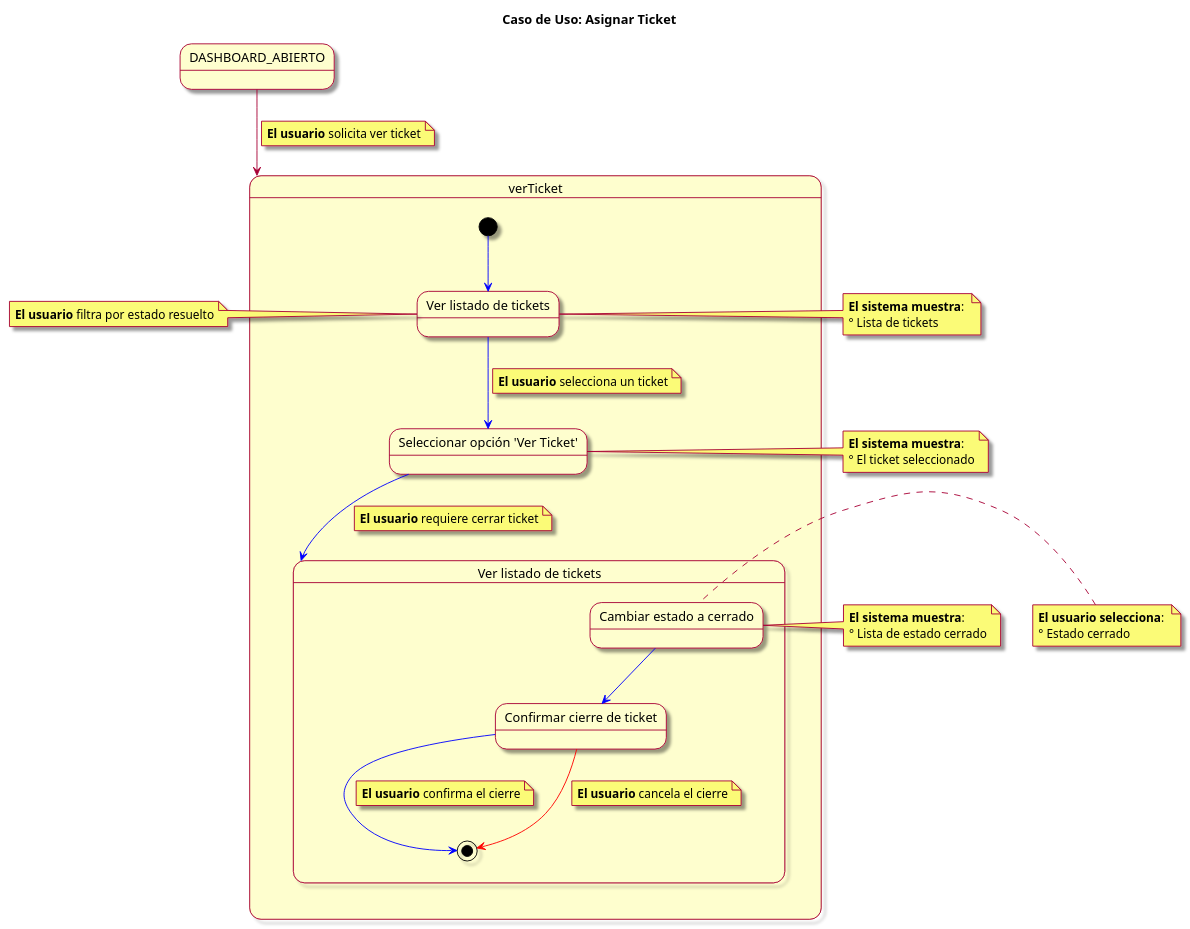
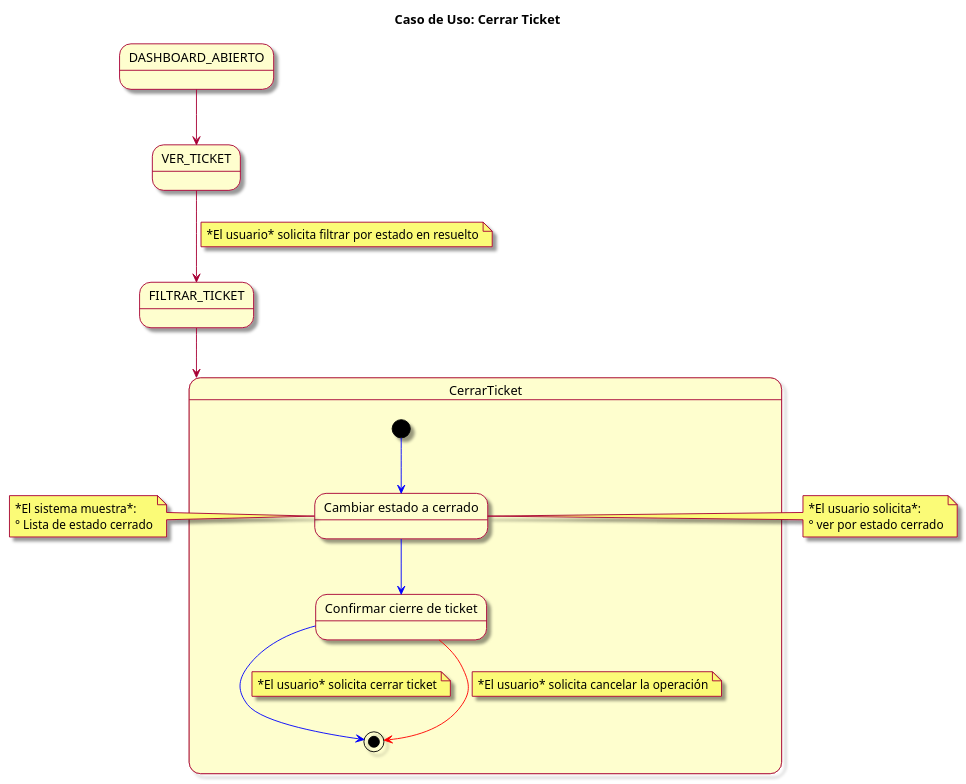
Before and after one commit to mmasias/23-24-IdSw1-SDR: the diagram in modelosUML/CasosDeUsos/CasosDetallados/CerrarTicket.puml, drawn with PlantUML.

Commit message:
Caso de uso detallado de Cerrar Ticket

```diff
--- a/modelosUML/CasosDeUsos/CasosDetallados/CerrarTicket.puml
+++ b/modelosUML/CasosDeUsos/CasosDetallados/CerrarTicket.puml
@@ -1,54 +1,38 @@
 @startuml
 skin rose
-title Caso de Uso: Asignar Ticket
+title Caso de Uso: Cerrar Ticket
 
 state DASHBOARD_ABIERTO
+state VER_TICKET
+state FILTRAR_TICKET
 
-DASHBOARD_ABIERTO --> verTicket
-note on link: **El usuario** solicita ver ticket
-state verTicket {
- [*] -[#blue]-> verlistadoTickets
- state "Ver listado de tickets" as verlistadoTickets
-verlistadoTickets -[#blue]-> seleccionarOpcionVer
-state "Ver listado de tickets" as CerrarTicket
-note on link : **El usuario** selecciona un ticket
- state "Seleccionar opción 'Ver Ticket'" as seleccionarOpcionVer
-    seleccionarOpcionVer -[#blue]-> CerrarTicket
-   note on link: **El usuario** requiere cerrar ticket
-   state CerrarTicket {
-    state "Cambiar estado a cerrado" as ingresarVerTicket
-    ingresarVerTicket -[#blue]-> confirmarAsignacion
-    state "Confirmar cierre de ticket" as confirmarAsignacion
-    confirmarAsignacion -[#blue]-> [*]
-    note on link: **El usuario** confirma el cierre
+DASHBOARD_ABIERTO --> VER_TICKET
+VER_TICKET --> FILTRAR_TICKET
+note on link: *El usuario* solicita filtrar por estado en resuelto
+FILTRAR_TICKET --> CerrarTicket
+
+state CerrarTicket {
+
+  [*] -[#blue]-> ingresarVerTicket
+  state "Cambiar estado a cerrado" as ingresarVerTicket
+  ingresarVerTicket -[#blue]-> confirmarCierre
+  state "Confirmar cierre de ticket" as confirmarCierre
+  confirmarCierre -[#blue]-> [*]
+  note on link: *El usuario* solicita cerrar ticket
     
-    confirmarAsignacion -[#red]-> [*]
-    note on link: **El usuario** cancela el cierre
+  confirmarCierre -[#red]-> [*]
+  note on link: *El usuario* solicita cancelar la operación
     
-  }
 }
-note left of verlistadoTickets
- **El usuario** filtra por estado resuelto
-end note
-
-note left of verlistadoTickets
-  **El sistema muestra**: 
-  ° Lista de tickets
-end note
-
-note left of seleccionarOpcionVer
-  **El sistema muestra**: 
-  ° El ticket seleccionado
-end note
 
 note left of ingresarVerTicket
-  **El sistema muestra**: 
+  *El sistema muestra*: 
   ° Lista de estado cerrado
 end note
 
 note left of ingresarVerTicket
-  **El usuario selecciona**: 
-  ° Estado cerrado
+  *El usuario solicita*: 
+  ° ver por estado cerrado
 end note
 
 @enduml
```
